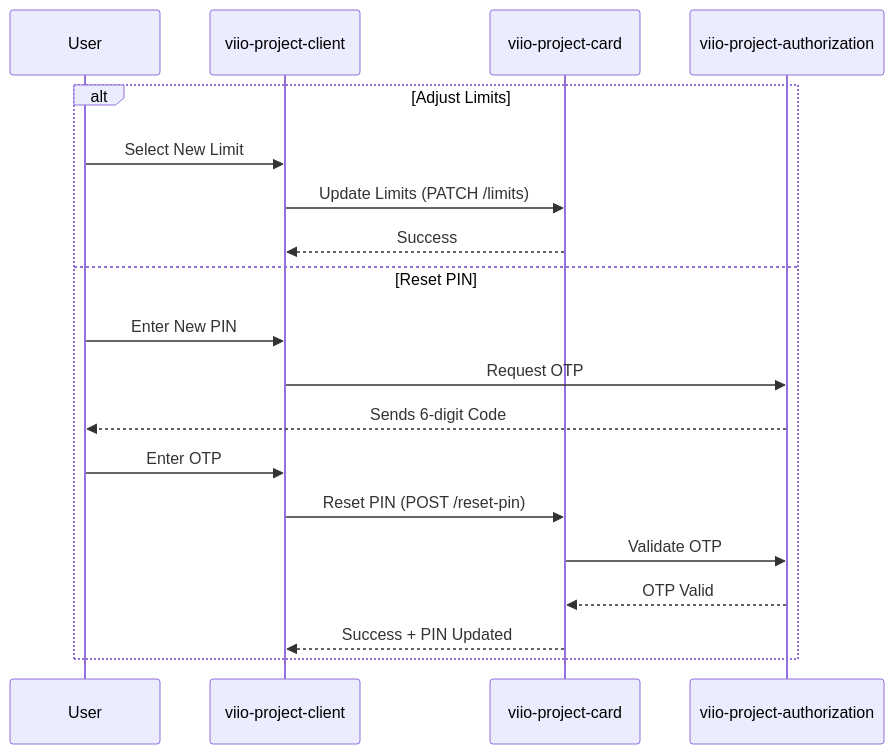
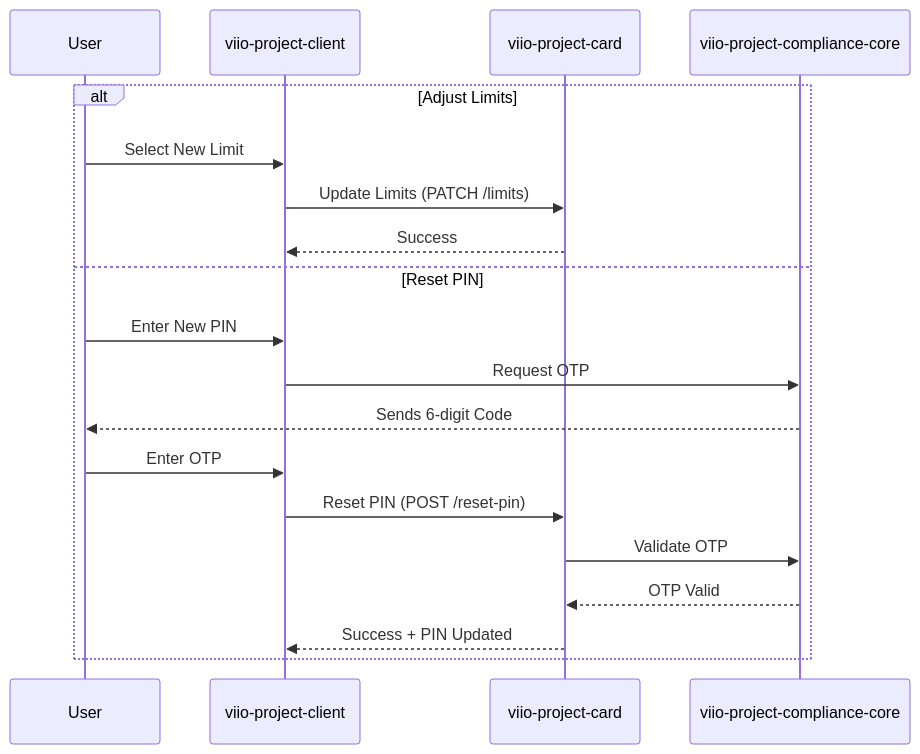
Before and after one commit to ITRMachines/viio_poc: the diagram in card_management/README.md, drawn with Mermaid. The commit also changed 11 other files, not shown here.

````diff
--- a/card_management/README.md
+++ b/card_management/README.md
@@ -24,22 +24,22 @@
 ```mermaid
 sequenceDiagram
     participant User
     participant Client as viio-project-client
     participant CardSvc as viio-project-card
-    participant AuthSvc as viio-project-authorization
+    participant AuthSvc as viio-project-compliance-core
 
     alt Adjust Limits
         User->>Client: Select New Limit
         Client->>CardSvc: Update Limits (PATCH /limits)
         CardSvc-->>Client: Success
     else Reset PIN
         User->>Client: Enter New PIN
         Client->>AuthSvc: Request OTP
         AuthSvc-->>User: Sends 6-digit Code
         User->>Client: Enter OTP
         Client->>CardSvc: Reset PIN (POST /reset-pin)
         CardSvc->>AuthSvc: Validate OTP
         AuthSvc-->>CardSvc: OTP Valid
         CardSvc-->>Client: Success + PIN Updated
     end
 ```
````
